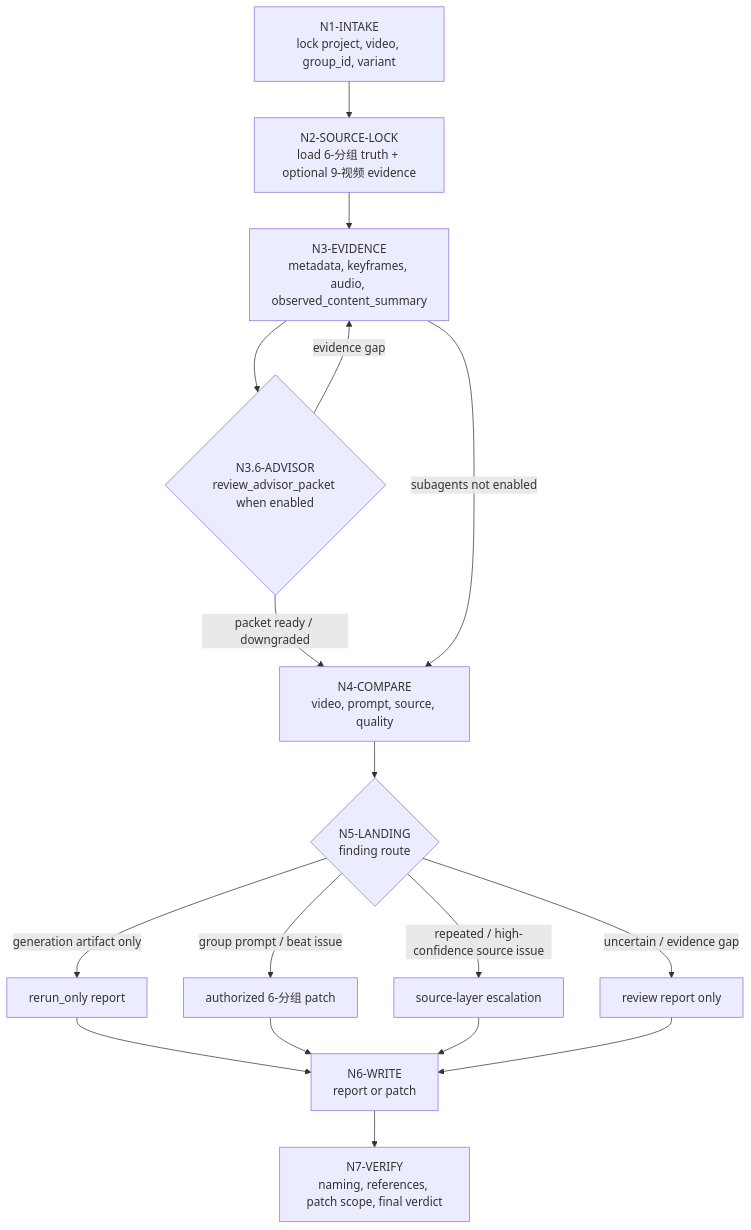
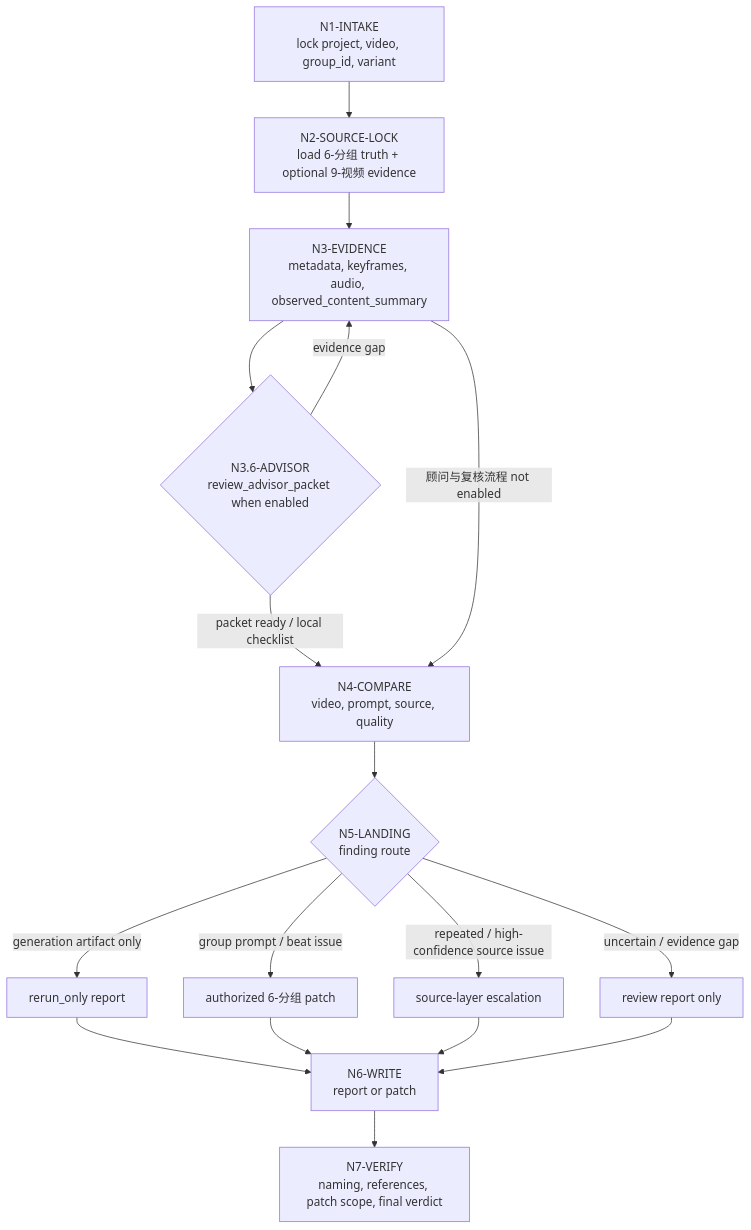
One commit to ZEN-VOID/AI-CUT changed the first of 4 diagrams in .agents/skills/aigc/10-审片/SKILL.md. Above: the diagram before and after it, drawn with Mermaid. The commit also changed other lines of this file and 137 other files, not shown here.

````diff
--- a/.agents/skills/aigc/10-审片/SKILL.md
+++ b/.agents/skills/aigc/10-审片/SKILL.md
@@ -142,19 +140,19 @@
 ```mermaid
 flowchart TD
     N1["N1-INTAKE<br/>lock project, video, group_id, variant"] --> N2["N2-SOURCE-LOCK<br/>load 6-分组 truth + optional 9-视频 evidence"]
     N2 --> N3["N3-EVIDENCE<br/>metadata, keyframes, audio, observed_content_summary"]
     N3 --> N36{"N3.6-ADVISOR<br/>review_advisor_packet when enabled"}
     N36 -->|"evidence gap"| N3
-    N36 -->|"packet ready / downgraded"| N4["N4-COMPARE<br/>video, prompt, source, quality"]
-    N3 -->|"subagents not enabled"| N4
+    N36 -->|"packet ready / local checklist"| N4["N4-COMPARE<br/>video, prompt, source, quality"]
+    N3 -->|"顾问与复核流程 not enabled"| N4
     N4 --> N5{"N5-LANDING<br/>finding route"}
     N5 -->|"generation artifact only"| R["rerun_only report"]
     N5 -->|"group prompt / beat issue"| G["authorized 6-分组 patch"]
     N5 -->|"repeated / high-confidence source issue"| S["source-layer escalation"]
     N5 -->|"uncertain / evidence gap"| O["review report only"]
     R --> N6["N6-WRITE<br/>report or patch"]
     G --> N6
     S --> N6
     O --> N6
     N6 --> N7["N7-VERIFY<br/>naming, references, patch scope, final verdict"]
 ```
````
